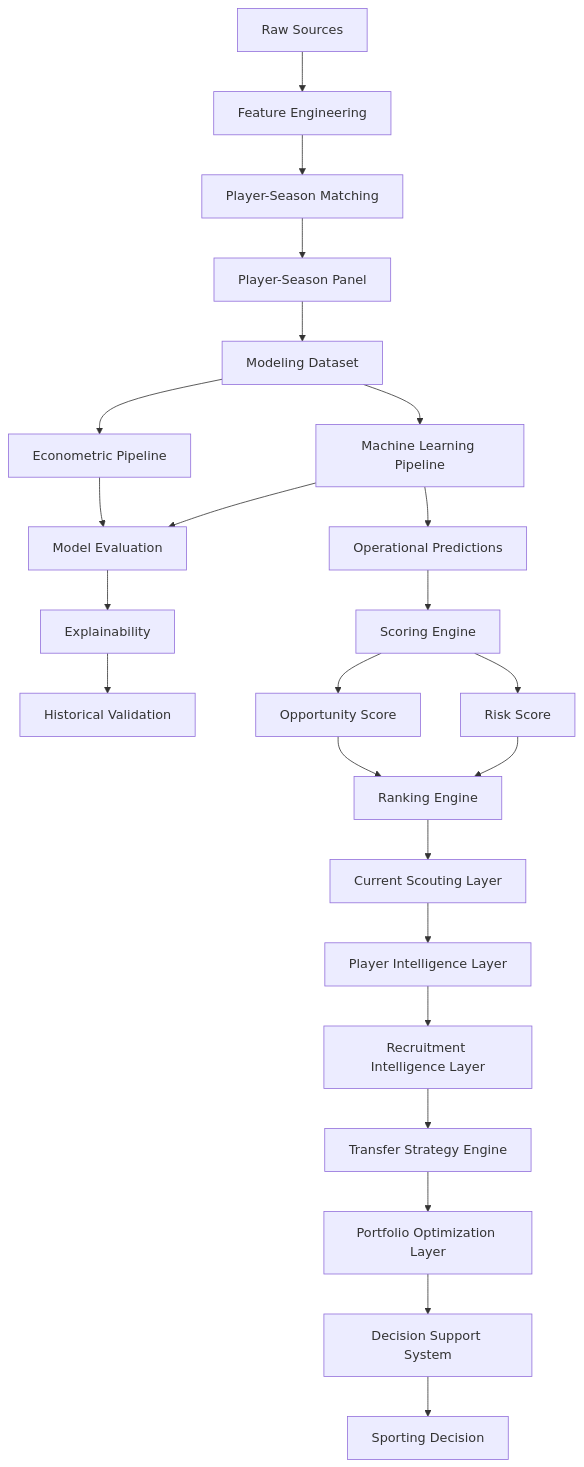
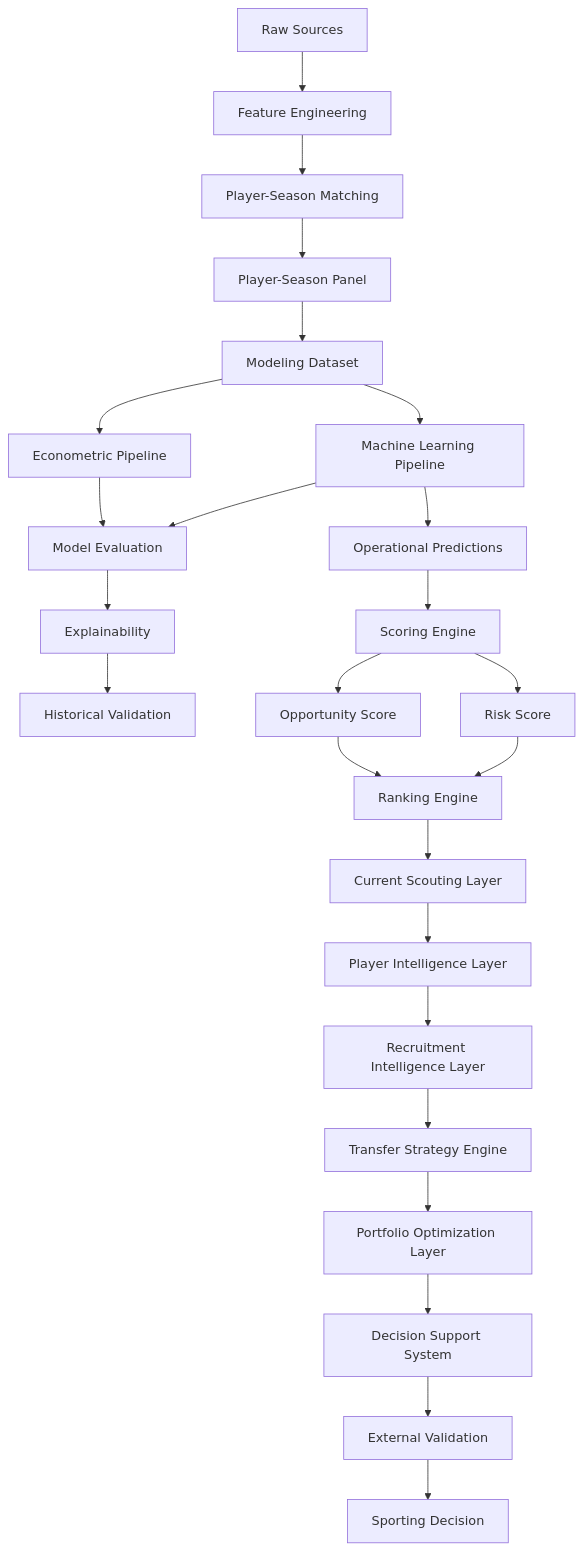
One commit to manuelpeba/market-value-football-tfm changed the diagram in docs/architecture.md. Above: the diagram before and after it, drawn with Mermaid. The commit also changed other lines of this file and 48 other files, not shown here.

Commit message:
docs: complete sprint 13a1 external validation documentation

````diff
--- a/docs/architecture.md
+++ b/docs/architecture.md
@@ -52,45 +81,47 @@
 ```mermaid
 flowchart TD
 
 A[Raw Sources] --> B[Feature Engineering]
 
 B --> C[Player-Season Matching]
 
 C --> D[Player-Season Panel]
 
 D --> E[Modeling Dataset]
 
 E --> F[Econometric Pipeline]
 E --> G[Machine Learning Pipeline]
 
 F --> H[Model Evaluation]
 G --> H
 
 H --> I[Explainability]
 
 I --> J[Historical Validation]
 
 G --> K[Operational Predictions]
 
 K --> L[Scoring Engine]
 
 L --> M[Opportunity Score]
 L --> N[Risk Score]
 
 M --> O[Ranking Engine]
 N --> O
 
 O --> P[Current Scouting Layer]
 
 P --> Q[Player Intelligence Layer]
 
 Q --> R[Recruitment Intelligence Layer]
 
 R --> S[Transfer Strategy Engine]
 
 S --> T[Portfolio Optimization Layer]
 
 T --> U[Decision Support System]
 
-U --> V[Sporting Decision]
+U --> V[External Validation]
+
+V --> W[Sporting Decision]
 ```
````
